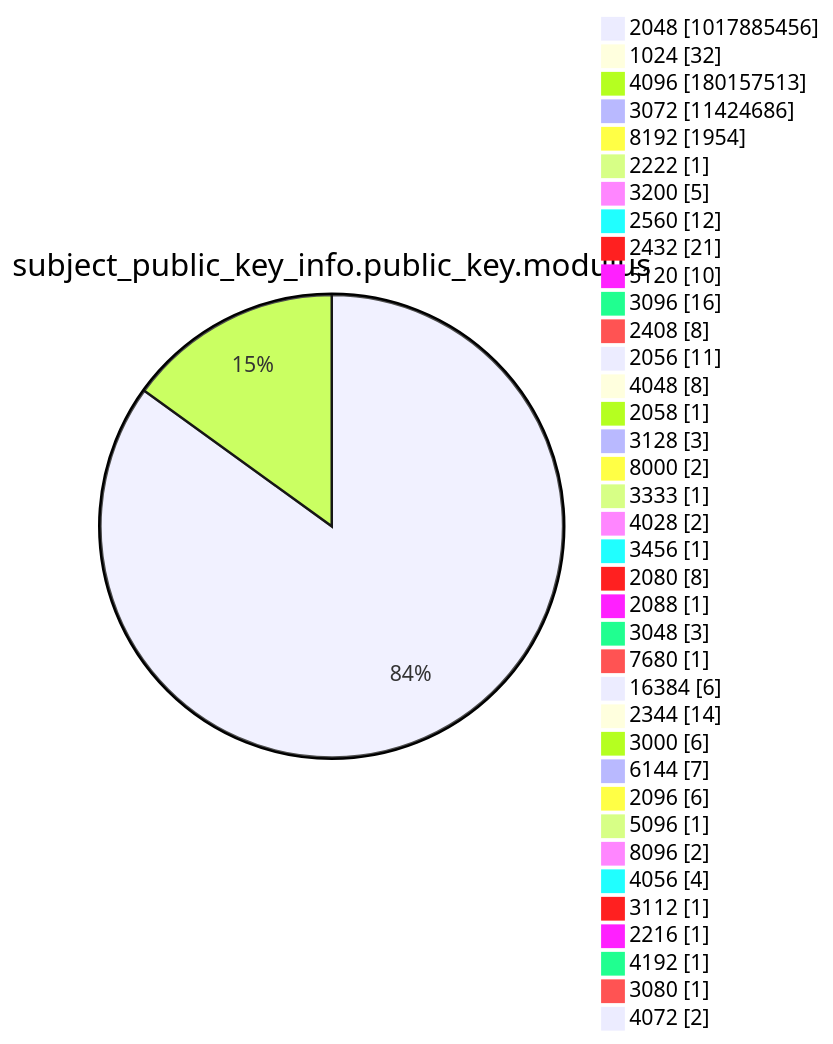
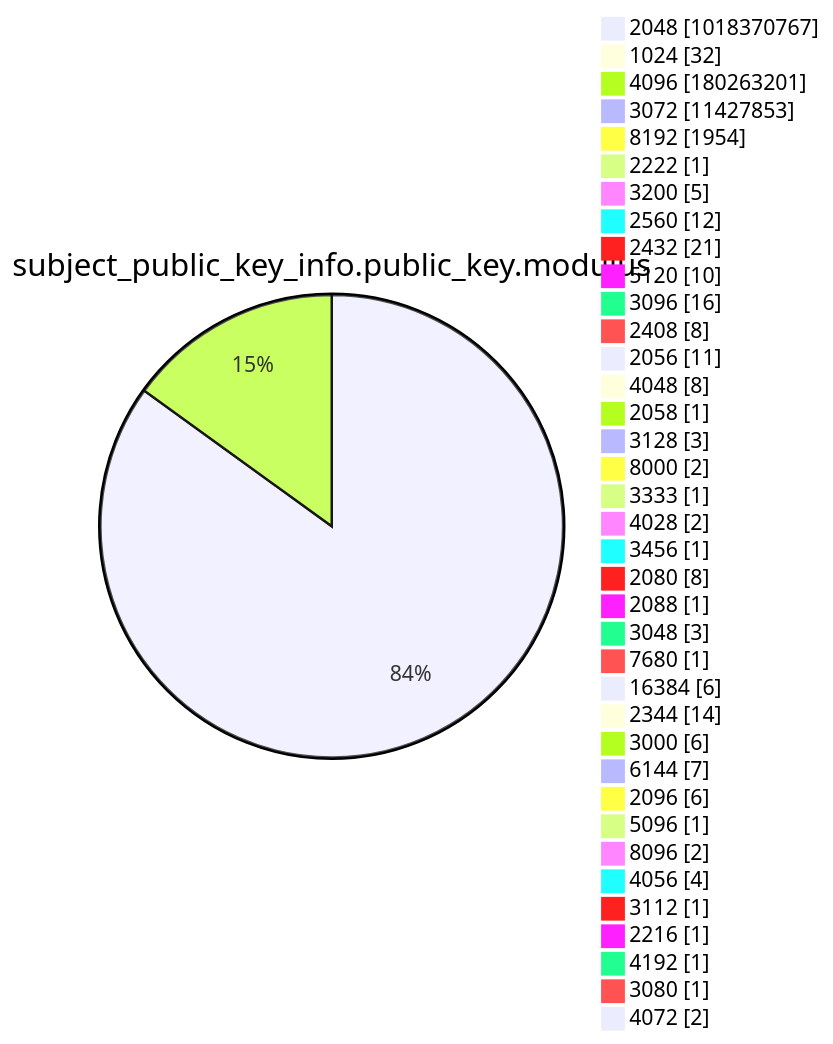
Before and after one commit to christiankrug/ctmonitor_visualization: diagram 13 of 15 in argon2022/README.md, drawn with Mermaid. The commit also changed other lines of this file, not shown here.

````diff
--- a/argon2022/README.md
+++ b/argon2022/README.md
@@ -3588,41 +3588,41 @@
 ```mermaid
 pie showData
 title subject_public_key_info.public_key.modulus
-"2048" :1017885456
+"2048" :1018370767
 "1024" :32
-"4096" :180157513
-"3072" :11424686
+"4096" :180263201
+"3072" :11427853
 "8192" :1954
 "2222" :1
 "3200" :5
 "2560" :12
 "2432" :21
 "5120" :10
 "3096" :16
 "2408" :8
 "2056" :11
 "4048" :8
 "2058" :1
 "3128" :3
 "8000" :2
 "3333" :1
 "4028" :2
 "3456" :1
 "2080" :8
 "2088" :1
 "3048" :3
 "7680" :1
 "16384" :6
 "2344" :14
 "3000" :6
 "6144" :7
 "2096" :6
 "5096" :1
 "8096" :2
 "4056" :4
 "3112" :1
 "2216" :1
 "4192" :1
 "3080" :1
 "4072" :2
 ```
````
